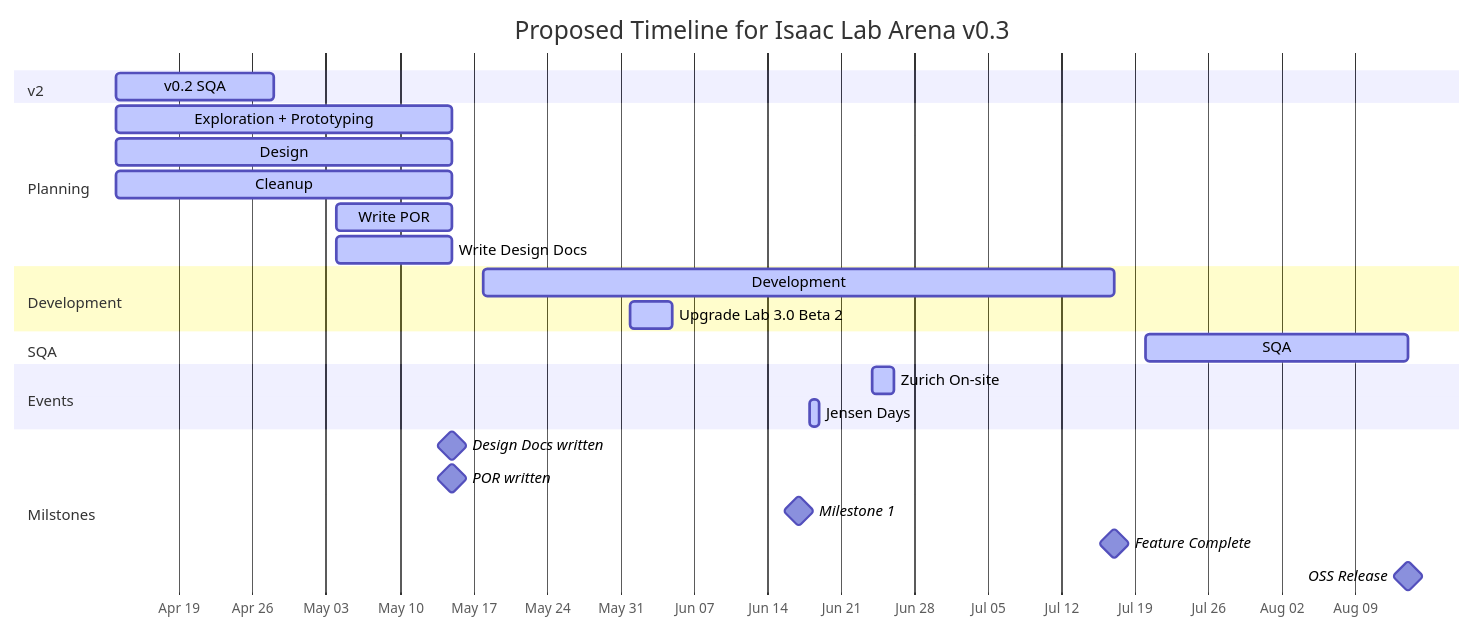
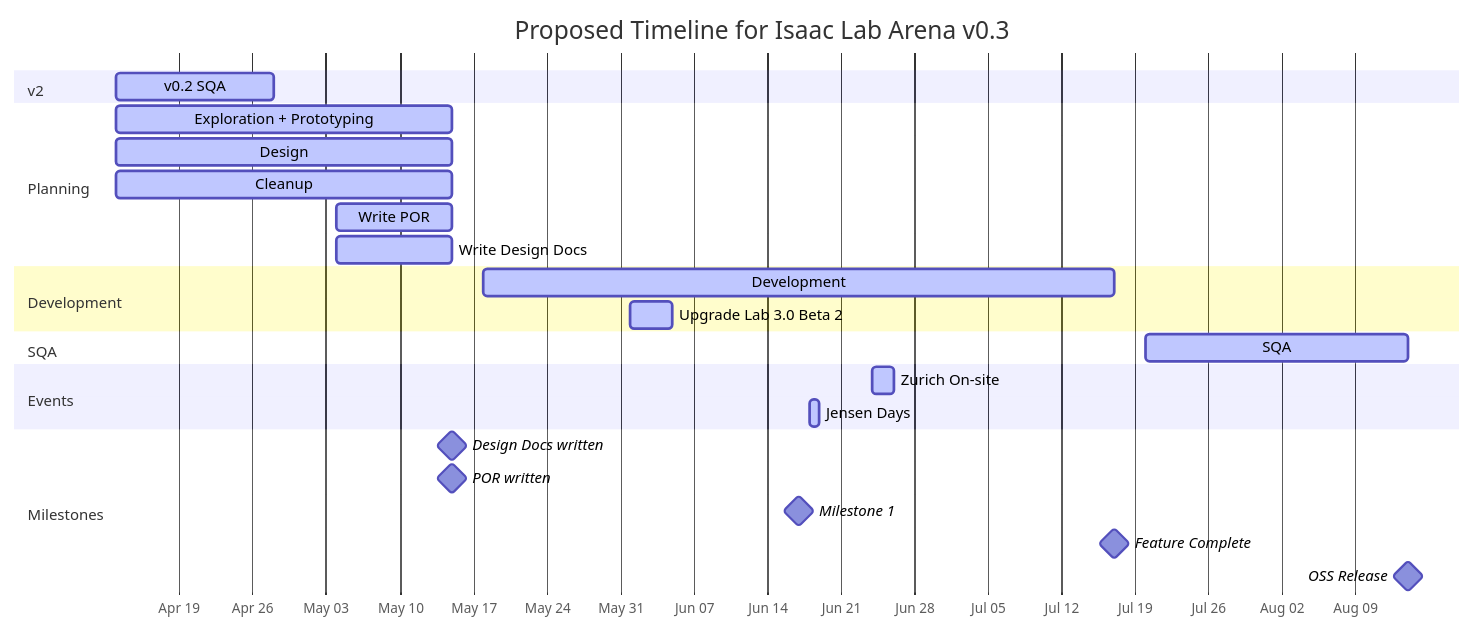
The diagram in project/2026_04_24_v3_propsed_timeline.mmd (isaac-sim/IsaacLab-Arena), drawn with Mermaid before and after one commit.

Commit message:
Fix github UI trash

```diff
--- a/project/2026_04_24_v3_propsed_timeline.mmd
+++ b/project/2026_04_24_v3_propsed_timeline.mmd
@@ -1,32 +1,32 @@
 gantt
     title Proposed Timeline for Isaac Lab Arena v0.3
     dateFormat  YYYY-MM-DD
     axisFormat  %b %d
 
     section v2
     v0.2 SQA                  :active, sqa,  2026-04-13, 2026-04-28
 
     section Planning
     Exploration + Prototyping :active,  por, 2026-04-13, 2026-05-15
     Design                    :active,  design, 2026-04-13, 2026-05-15
-    Cleanup                   :active,  design, 2026-04-13, 2026-05-15
+    Cleanup                   :active,  cleanup, 2026-04-13, 2026-05-15
     Write POR                 :active,  por, 2026-05-04, 2026-05-15
-    Write Design Docs         :active,  design, 2026-05-04, 2026-05-15
+    Write Design Docs         :active,  design_docs, 2026-05-04, 2026-05-15
 
     section Development
     Development               :active, featA_dev,     2026-05-18, 2026-07-17
     Upgrade Lab 3.0 Beta 2    :active, featA_upgrade, 2026-06-01, 2026-06-05
 
     section SQA
     SQA                       :active, sqa_main,      2026-07-20, 2026-08-14
 
     section Events
     Zurich On-site            :active, featA_zurich,   2026-06-24, 2026-06-26
     Jensen Days               :active, featA_jensen,  2026-06-18, 2026-06-19
 
-    section Milstones
+    section Milestones
     Design Docs written       :milestone, m0, 2026-05-15, 0d
     POR written               :milestone, m1, 2026-05-15, 0d
     Milestone 1               :milestone, m2, 2026-06-17, 0d
     Feature Complete          :milestone, m3, 2026-07-17, 0d
     OSS Release               :milestone, m4, 2026-08-14, 0d
```
